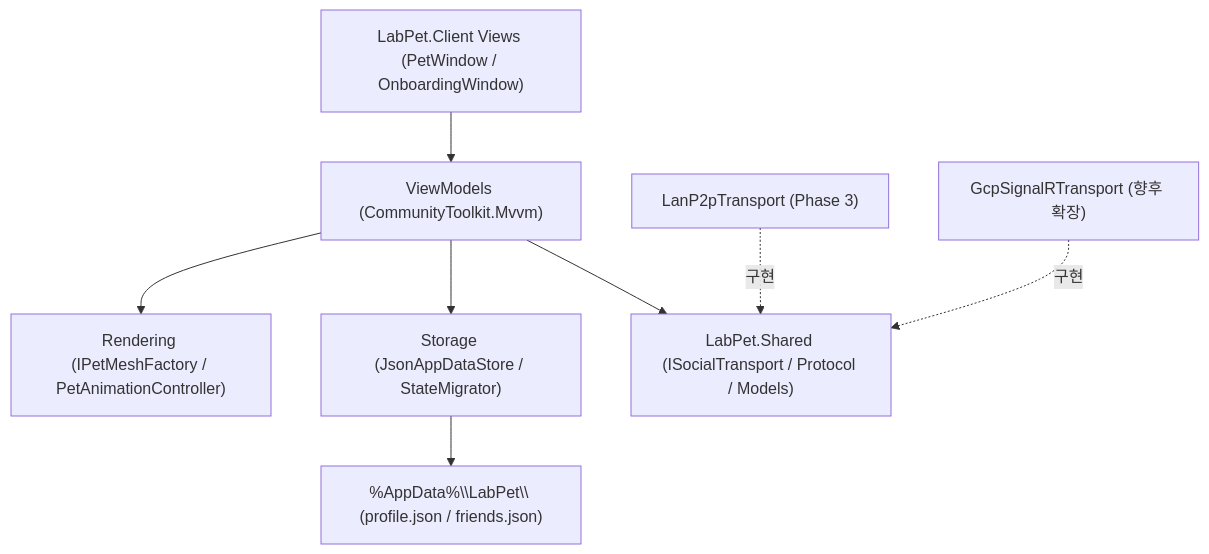
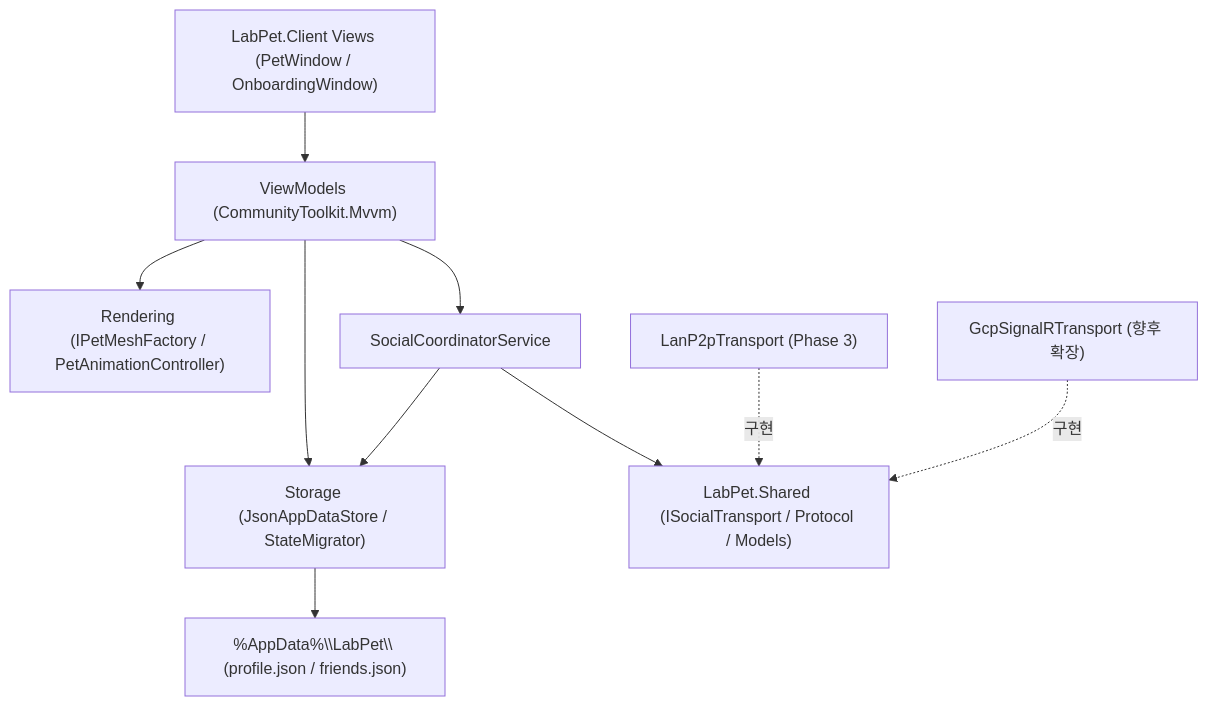
Before and after one commit to DJU-ADAS-LAB/LabPet: the diagram in docs/02_아키텍처_설계서.md, drawn with Mermaid. The commit also changed other lines of this file and 16 other files, not shown here.

````diff
--- a/docs/02_아키텍처_설계서.md
+++ b/docs/02_아키텍처_설계서.md
@@ -26,10 +25,12 @@
 ```mermaid
 flowchart TD
     UI["LabPet.Client Views (PetWindow / OnboardingWindow)"] --> VM["ViewModels (CommunityToolkit.Mvvm)"]
     VM --> Render["Rendering (IPetMeshFactory / PetAnimationController)"]
     VM --> Storage["Storage (JsonAppDataStore / StateMigrator)"]
-    VM --> TransportIface["LabPet.Shared (ISocialTransport / Protocol / Models)"]
+    VM --> Social["SocialCoordinatorService"]
+    Social --> Storage
+    Social --> TransportIface["LabPet.Shared (ISocialTransport / Protocol / Models)"]
     Storage --> AppData["%AppData%\\LabPet\\ (profile.json / friends.json)"]
     LanImpl["LanP2pTransport (Phase 3)"] -.구현.-> TransportIface
     GcpImpl["GcpSignalRTransport (향후 확장)"] -.구현.-> TransportIface
 ```
````
